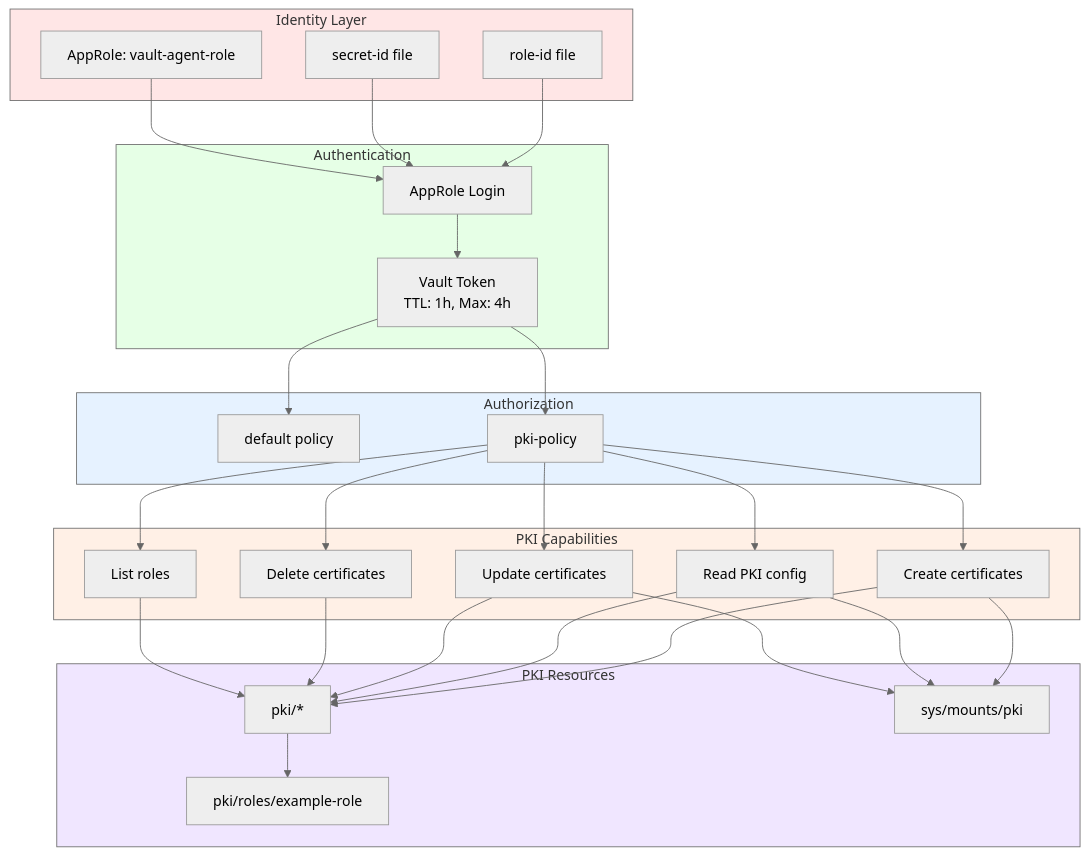
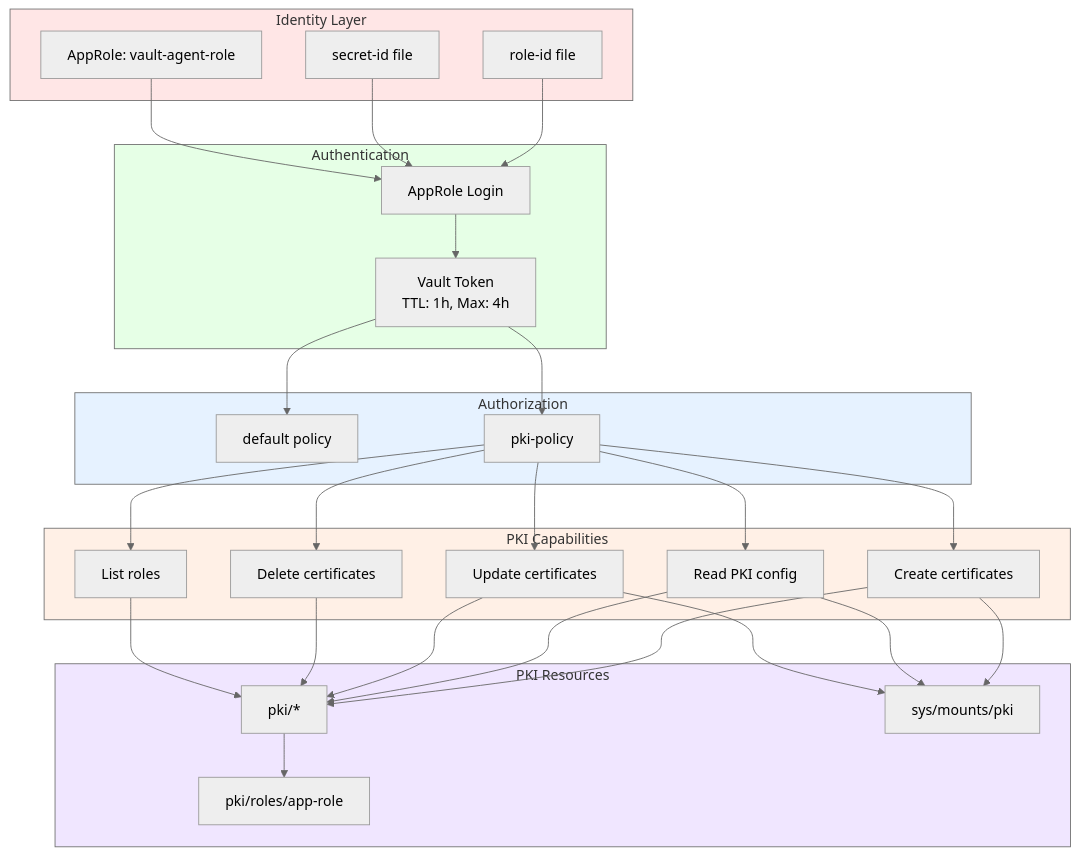
Before and after one commit to songlining/pki: the eighth of 12 diagrams in agent-demo-diagrams.md, drawn with Mermaid (neutral theme). The commit also changed other lines of this file and 34 other files, not shown here.

````diff
--- a/agent-demo-diagrams.md
+++ b/agent-demo-diagrams.md
@@ -305,65 +305,65 @@
 ```mermaid
 graph TD
     subgraph Identity["Identity Layer"]
         AppRole[AppRole: vault-agent-role]
         RoleID[role-id file]
         SecretID[secret-id file]
     end
     
     subgraph Auth["Authentication"]
         Login[AppRole Login]
         Token[Vault Token<br/>TTL: 1h, Max: 4h]
     end
     
     subgraph Policy["Authorization"]
         DefaultPol[default policy]
         PKIPol[pki-policy]
     end
     
     subgraph Capabilities["PKI Capabilities"]
         Create[Create certificates]
         Read[Read PKI config]
         Update[Update certificates]
         Delete[Delete certificates]
         List[List roles]
     end
     
     subgraph PKI["PKI Resources"]
         PKIPath[pki/*]
         MountPath[sys/mounts/pki]
-        Role[pki/roles/example-role]
+        Role[pki/roles/app-role]
     end
     
     RoleID --> Login
     SecretID --> Login
     AppRole --> Login
     
     Login --> Token
     
     Token --> DefaultPol
     Token --> PKIPol
     
     PKIPol --> Create
     PKIPol --> Read
     PKIPol --> Update
     PKIPol --> Delete
     PKIPol --> List
     
     Create --> PKIPath
     Read --> PKIPath
     Update --> PKIPath
     Delete --> PKIPath
     List --> PKIPath
     
     Create --> MountPath
     Read --> MountPath
     Update --> MountPath
     
     PKIPath --> Role
     
     style Identity fill:#ffe6e6
     style Auth fill:#e6ffe6
     style Policy fill:#e6f2ff
     style Capabilities fill:#fff0e6
     style PKI fill:#f0e6ff
 ```
````
